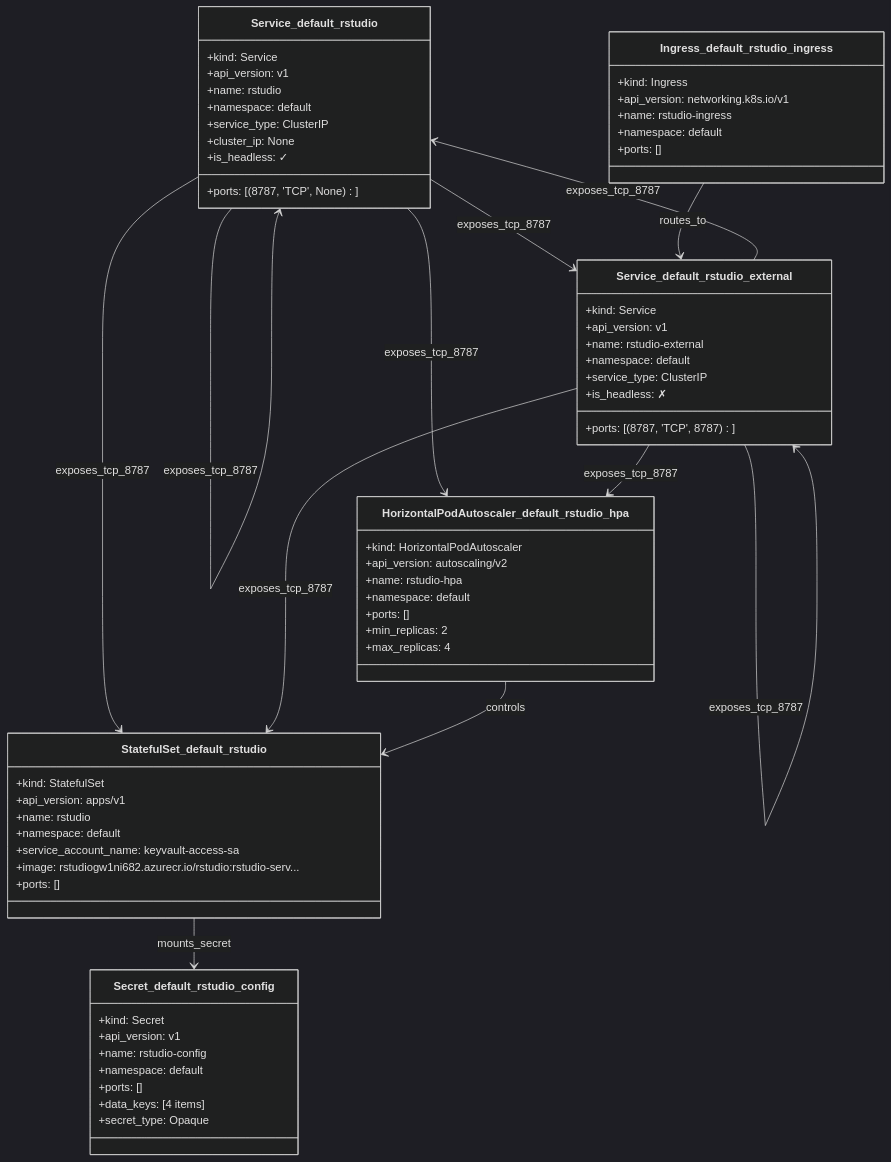
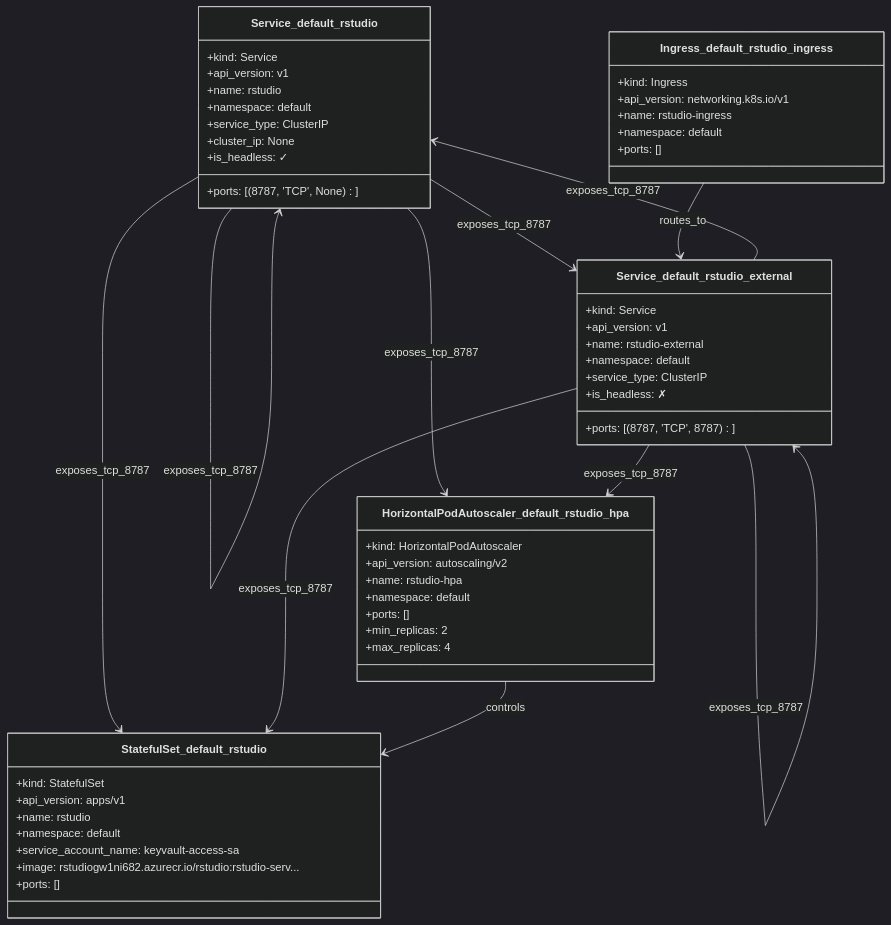
One commit to mamonaco1973/azure-rstudio-aks changed the diagram in README.md. Above: the diagram before and after it, drawn with Mermaid (dark theme).

Commit message:
test diagram

````diff
--- a/README.md
+++ b/README.md
@@ -120,70 +120,60 @@
 ```mermaid
 classDiagram
 
-class Secret_default_rstudio_config {
-  +kind: Secret
-  +api_version: v1
-  +name: rstudio-config
-  +namespace: default
-  +ports: []
-  +data_keys: [4 items]
-  +secret_type: Opaque
-}
 class Service_default_rstudio {
   +kind: Service
   +api_version: v1
   +name: rstudio
   +namespace: default
   +ports: [(8787, 'TCP', None)]
   +service_type: ClusterIP
   +cluster_ip: None
   +is_headless: ✓
 }
 class StatefulSet_default_rstudio {
   +kind: StatefulSet
   +api_version: apps/v1
   +name: rstudio
   +namespace: default
   +service_account_name: keyvault-access-sa
   +image: rstudiogw1ni682.azurecr.io/rstudio:rstudio-serv...
   +ports: []
 }
 class Service_default_rstudio_external {
   +kind: Service
   +api_version: v1
   +name: rstudio-external
   +namespace: default
   +ports: [(8787, 'TCP', 8787)]
   +service_type: ClusterIP
   +is_headless: ✗
 }
 class Ingress_default_rstudio_ingress {
   +kind: Ingress
   +api_version: networking.k8s.io/v1
   +name: rstudio-ingress
   +namespace: default
   +ports: []
 }
 class HorizontalPodAutoscaler_default_rstudio_hpa {
   +kind: HorizontalPodAutoscaler
   +api_version: autoscaling/v2
   +name: rstudio-hpa
   +namespace: default
   +ports: []
   +min_replicas: 2
   +max_replicas: 4
 }
 
   %% Relationships
 Service_default_rstudio --> Service_default_rstudio : exposes_tcp_8787
 Service_default_rstudio --> StatefulSet_default_rstudio : exposes_tcp_8787
 Service_default_rstudio --> Service_default_rstudio_external : exposes_tcp_8787
 Service_default_rstudio --> HorizontalPodAutoscaler_default_rstudio_hpa : exposes_tcp_8787
-StatefulSet_default_rstudio --> Secret_default_rstudio_config : mounts_secret
 Service_default_rstudio_external --> Service_default_rstudio : exposes_tcp_8787
 Service_default_rstudio_external --> StatefulSet_default_rstudio : exposes_tcp_8787
 Service_default_rstudio_external --> Service_default_rstudio_external : exposes_tcp_8787
 Service_default_rstudio_external --> HorizontalPodAutoscaler_default_rstudio_hpa : exposes_tcp_8787
 Ingress_default_rstudio_ingress --> Service_default_rstudio_external : routes_to
 HorizontalPodAutoscaler_default_rstudio_hpa --> StatefulSet_default_rstudio : controls
 ```
````
